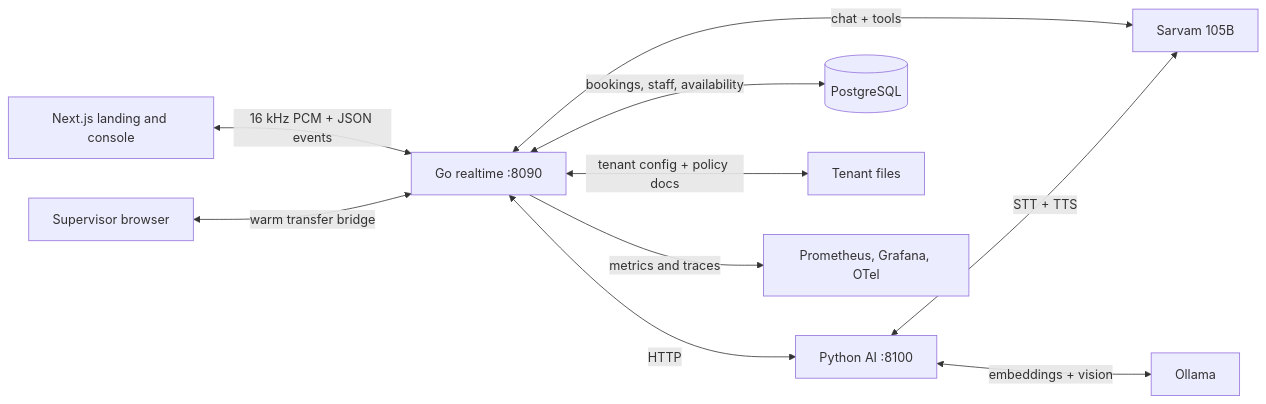
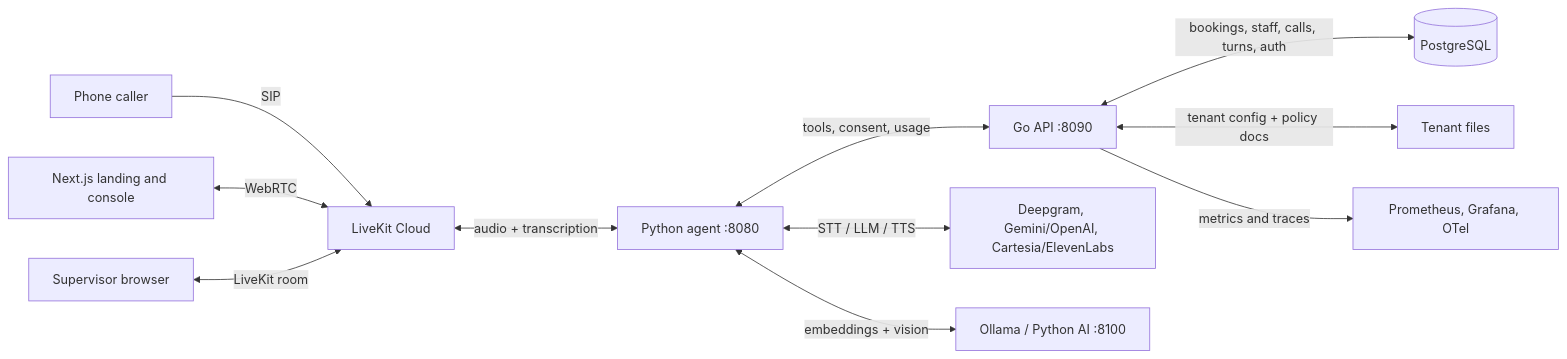
The diagram in README.md (chinmayyy01/switchboard), drawn with Mermaid before and after one commit. The commit also changed other lines of this file and 100 other files, not shown here.

Commit message:
added production auth, recording, budgets, and LiveKit only calls

````diff
--- a/README.md
+++ b/README.md
@@ -209,12 +271,13 @@
 ```mermaid
 flowchart LR
-  Browser["Next.js landing and console"] <-->|"16 kHz PCM + JSON events"| Go["Go realtime :8090"]
-  Go <-->|"HTTP"| AI["Python AI :8100"]
-  Go <-->|"bookings, staff, availability"| PG[("PostgreSQL")]
+  Phone["Phone caller"] -->|"SIP"| LK["LiveKit Cloud"]
+  Browser["Next.js landing and console"] <-->|"WebRTC"| LK
+  LK <-->|"audio + transcription"| Agent["Python agent :8080"]
+  Agent <-->|"tools, consent, usage"| Go["Go API :8090"]
+  Go <-->|"bookings, staff, calls, turns, auth"| PG[("PostgreSQL")]
   Go <-->|"tenant config + policy docs"| Tenants["Tenant files"]
-  Go <-->|"chat + tools"| Sarvam["Sarvam 105B"]
-  AI <-->|"STT + TTS"| Sarvam
-  AI <-->|"embeddings + vision"| Ollama["Ollama"]
+  Agent <-->|"STT / LLM / TTS"| Models["Deepgram, Gemini/OpenAI, Cartesia/ElevenLabs"]
+  Agent <-->|"embeddings + vision"| Ollama["Ollama / Python AI :8100"]
   Go -->|"metrics and traces"| Obs["Prometheus, Grafana, OTel"]
-  Supervisor["Supervisor browser"] <-->|"warm transfer bridge"| Go
+  Supervisor["Supervisor browser"] <-->|"LiveKit room"| LK
 ```
````
